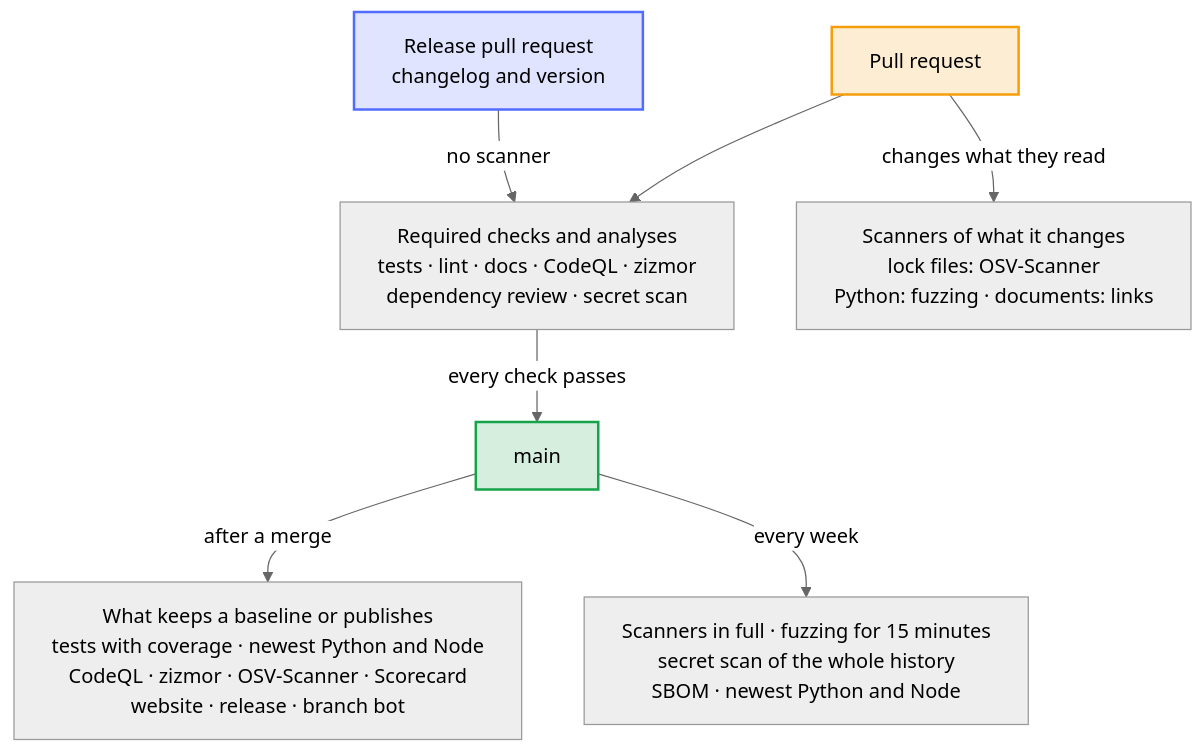
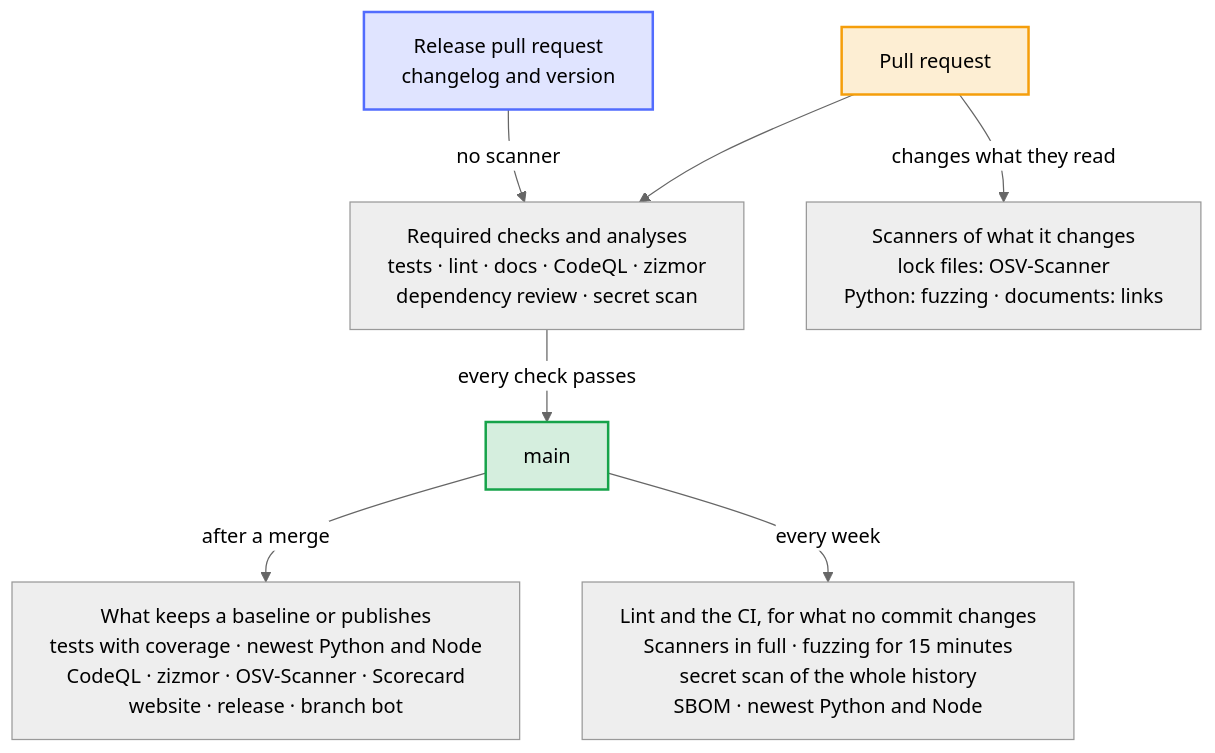
One commit to Dennis-Otto/repo-blueprint changed the diagram in docs/diagrams/when-the-checks-run.mmd. Above: the diagram before and after it, drawn with Mermaid (neutral theme). The commit also changed 37 other files, not shown here.

First line of the commit message:
feat: the fixers run on main every week (#598)

```diff
--- a/docs/diagrams/when-the-checks-run.mmd
+++ b/docs/diagrams/when-the-checks-run.mmd
@@ -1,30 +1,30 @@
 ---
 config:
   flowchart:
     wrappingWidth: 400
 ---
 flowchart TB
     accTitle: When the checks run
-    accDescr: Every pull request runs the required checks and zizmor, whose analysis the rules of main wait for, and the scanners of what it changes: OSV-Scanner for a lock file, fuzzing for Python code and the link check for a document. The release pull request, which changes only the changelog and the version, runs the required checks and zizmor without the scanners. After a merge, main runs only what keeps a baseline or publishes. Every week, main runs the scanners in full, the secret scan of the whole history, the SBOM and the newest Python and Node.
+    accDescr: Every pull request runs the required checks and zizmor, whose analysis the rules of main wait for, and the scanners of what it changes: OSV-Scanner for a lock file, fuzzing for Python code and the link check for a document. The release pull request, which changes only the changelog and the version, runs the required checks and zizmor without the scanners. After a merge, main runs only what keeps a baseline or publishes. Every week, main runs Lint and the CI, for what no commit changes, the scanners in full, the secret scan of the whole history, the SBOM and the newest Python and Node.
 
     pr["Pull request"]
     rpr["Release pull request<br>changelog and version"]
     required["Required checks and analyses<br>tests · lint · docs · CodeQL · zizmor<br>dependency review · secret scan"]
     scanners["Scanners of what it changes<br>lock files: OSV-Scanner<br>Python: fuzzing · documents: links"]
     main["main"]
     baseline["What keeps a baseline or publishes<br>tests with coverage · newest Python and Node<br>CodeQL · zizmor · OSV-Scanner · Scorecard<br>website · release · branch bot"]
-    weekly["Scanners in full · fuzzing for 15 minutes<br>secret scan of the whole history<br>SBOM · newest Python and Node"]
+    weekly["Lint and the CI, for what no commit changes<br>Scanners in full · fuzzing for 15 minutes<br>secret scan of the whole history<br>SBOM · newest Python and Node"]
 
     pr --> required
     pr -- "changes what they read" --> scanners
     rpr -- "no scanner" --> required
     required -- "every check passes" --> main
     main -- "after a merge" --> baseline
     main -- "every week" --> weekly
 
     classDef bot fill:#526cfe2e,stroke:#526cfe,stroke-width:2px
     classDef person fill:#f59e0b2e,stroke:#f59e0b,stroke-width:2px
     classDef done fill:#16a34a2e,stroke:#16a34a,stroke-width:2px
     class pr person
     class rpr bot
     class main done
```
